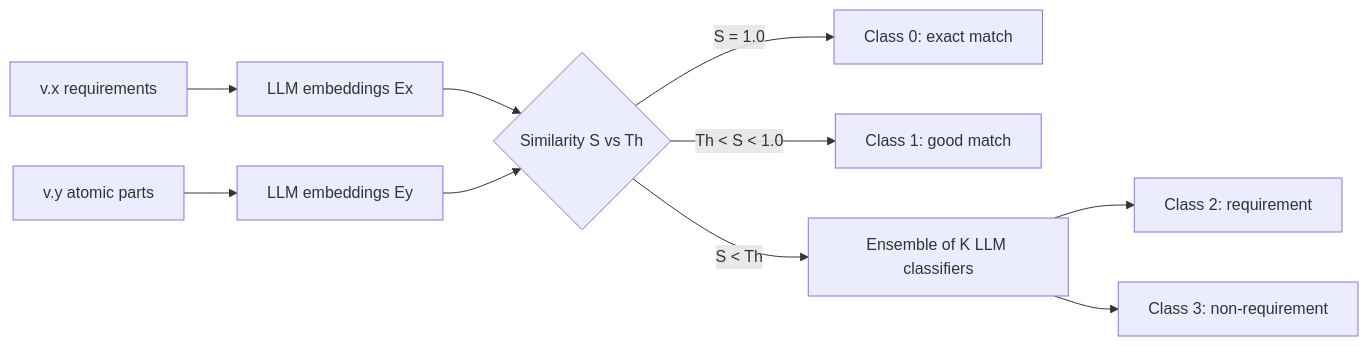
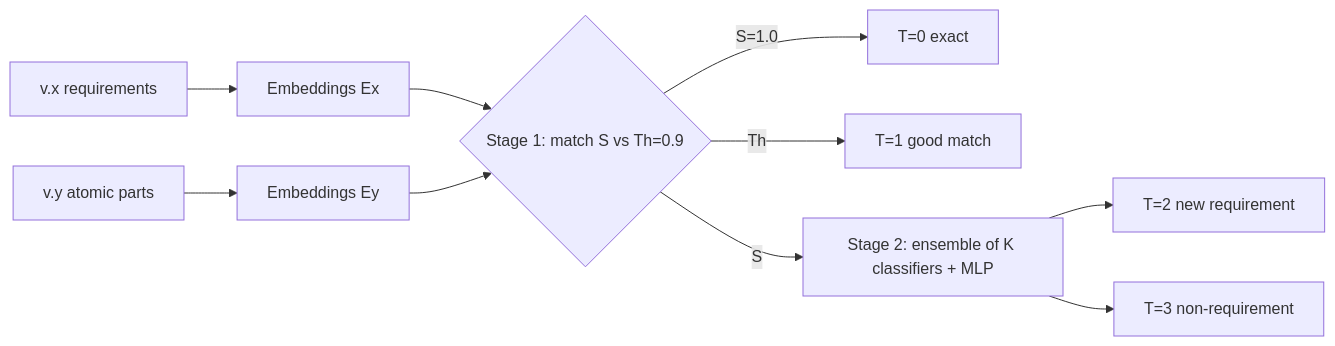
One commit to nemo99007/yt-paper changed the diagram in docs/papers/ref-20261018-2740-technical-documents-version-management-system-based-on-large.md. Above: the diagram before and after it, drawn with Mermaid. The commit also changed other lines of this file and 172 other files, not shown here.

````diff
--- a/docs/papers/ref-20261018-2740-technical-documents-version-management-system-based-on-large.md
+++ b/docs/papers/ref-20261018-2740-technical-documents-version-management-system-based-on-large.md
@@ -251,12 +160,12 @@
 ```mermaid
 flowchart LR
-  A[v.x requirements] --> B[LLM embeddings Ex]
-  C[v.y atomic parts] --> D[LLM embeddings Ey]
-  B --> E{Similarity S vs Th}
-  D --> E
-  E -->|S = 1.0| F[Class 0: exact match]
-  E -->|Th < S < 1.0| G[Class 1: good match]
-  E -->|S < Th| H[Ensemble of K LLM classifiers]
-  H --> I[Class 2: requirement]
-  H --> J[Class 3: non-requirement]
+  A[v.x requirements] --> E[Embeddings Ex]
+  B[v.y atomic parts] --> F[Embeddings Ey]
+  E --> C{Stage 1: match S vs Th=0.9}
+  F --> C
+  C -->|S=1.0| T0[T=0 exact]
+  C -->|Th<S<1| T1[T=1 good match]
+  C -->|S<Th| D[Stage 2: ensemble of K classifiers + MLP]
+  D --> T2[T=2 new requirement]
+  D --> T3[T=3 non-requirement]
 ```
````
